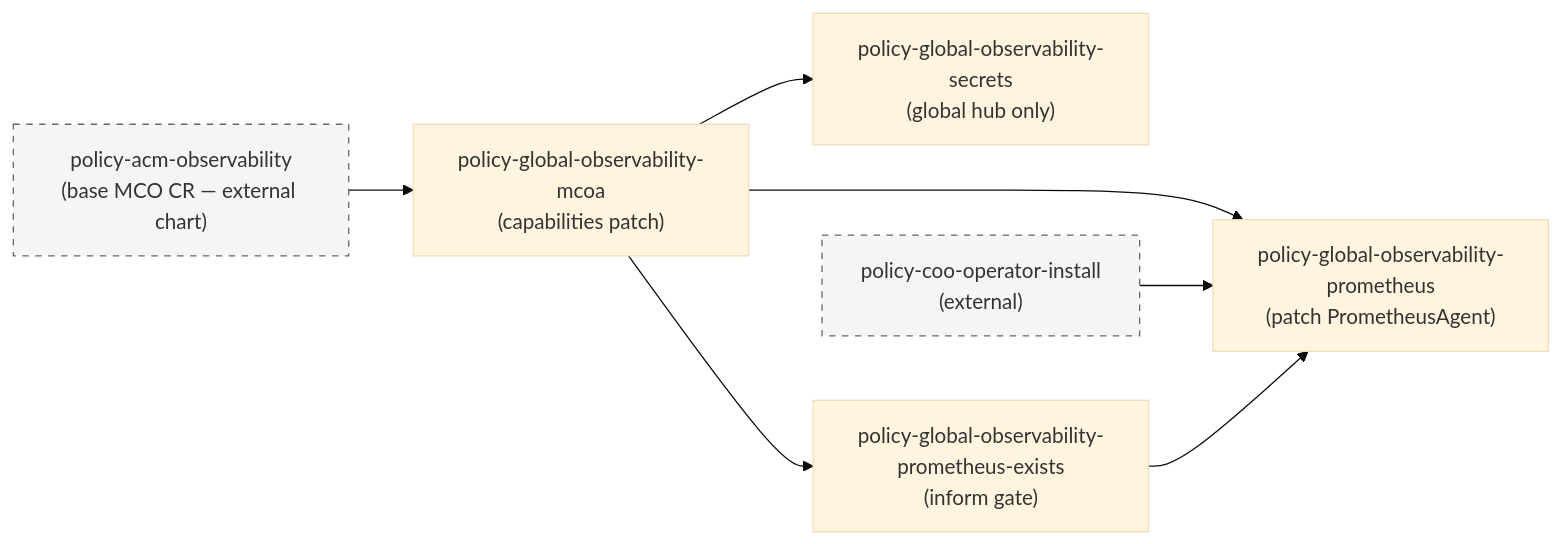
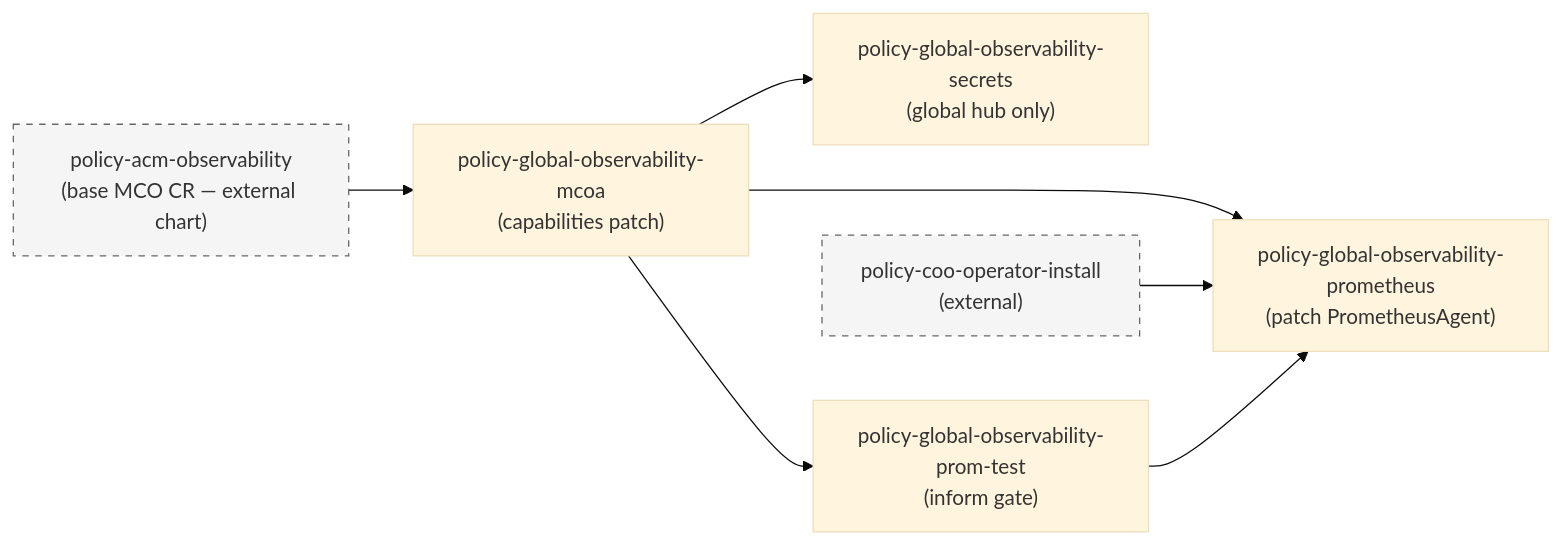
The third of 5 diagrams in policies/stable/global-observability/architecture.md (auto-shift/autoshiftv2), drawn with Mermaid (base theme) before and after one commit. The commit also changed other lines of this file and 9 other files, not shown here.

````diff
--- a/policies/stable/global-observability/architecture.md
+++ b/policies/stable/global-observability/architecture.md
@@ -125,17 +125,17 @@
 ```mermaid
 graph LR
     acm["policy-acm-observability<br/>(base MCO CR — external chart)"]:::ext
     mcoa["policy-global-observability-mcoa<br/>(capabilities patch)"]
     sec["policy-global-observability-secrets<br/>(global hub only)"]
-    exists["policy-global-observability-prometheus-exists<br/>(inform gate)"]
+    exists["policy-global-observability-prom-test<br/>(inform gate)"]
     coo["policy-coo-operator-install<br/>(external)"]:::ext
     prom["policy-global-observability-prometheus<br/>(patch PrometheusAgent)"]
 
     acm --> mcoa
     mcoa --> sec
     mcoa --> exists
     mcoa --> prom
     coo --> prom
     exists --> prom
     classDef ext fill:#f5f5f5,stroke:#666,stroke-dasharray:5 5
 ```
````
